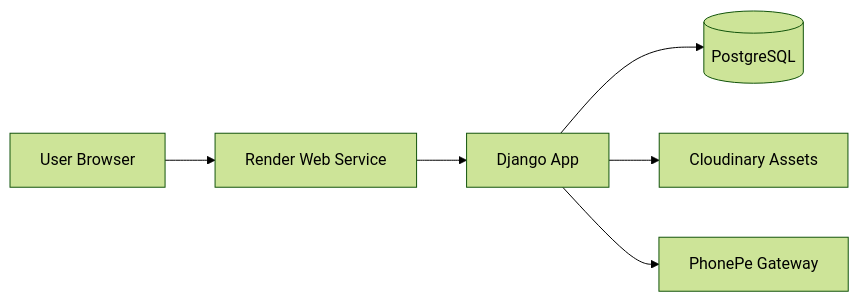
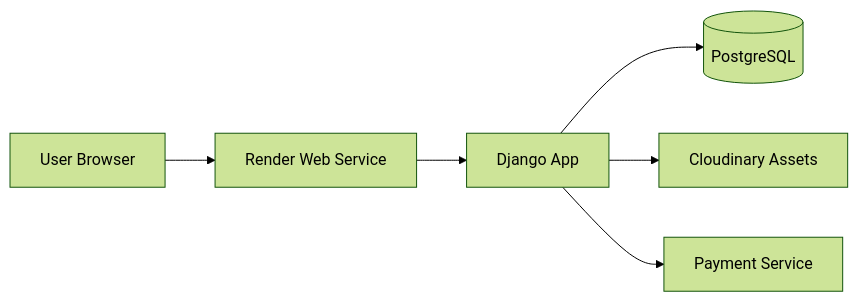
Before and after one commit to kvijanrk13/engineeringcollege: the third of 3 diagrams in project_domains/software-engineering/engineeringcollege-project/UML Diagrams/UML_DIAGRAMS.md, drawn with Mermaid (forest theme). The commit also changed other lines of this file and 42 other files, not shown here.

Commit message:
Add UML diagrams and car price app view update

````diff
--- a/project_domains/software-engineering/engineeringcollege-project/UML Diagrams/UML_DIAGRAMS.md
+++ b/project_domains/software-engineering/engineeringcollege-project/UML Diagrams/UML_DIAGRAMS.md
@@ -48,8 +48,8 @@
 ```mermaid
 flowchart LR
     User[User Browser] --> Render[Render Web Service]
     Render --> Django[Django App]
     Django --> Postgres[(PostgreSQL)]
     Django --> Cloudinary[Cloudinary Assets]
-    Django --> PhonePe[PhonePe Gateway]
+    Django --> Payment[Payment Service]
 ```
````
